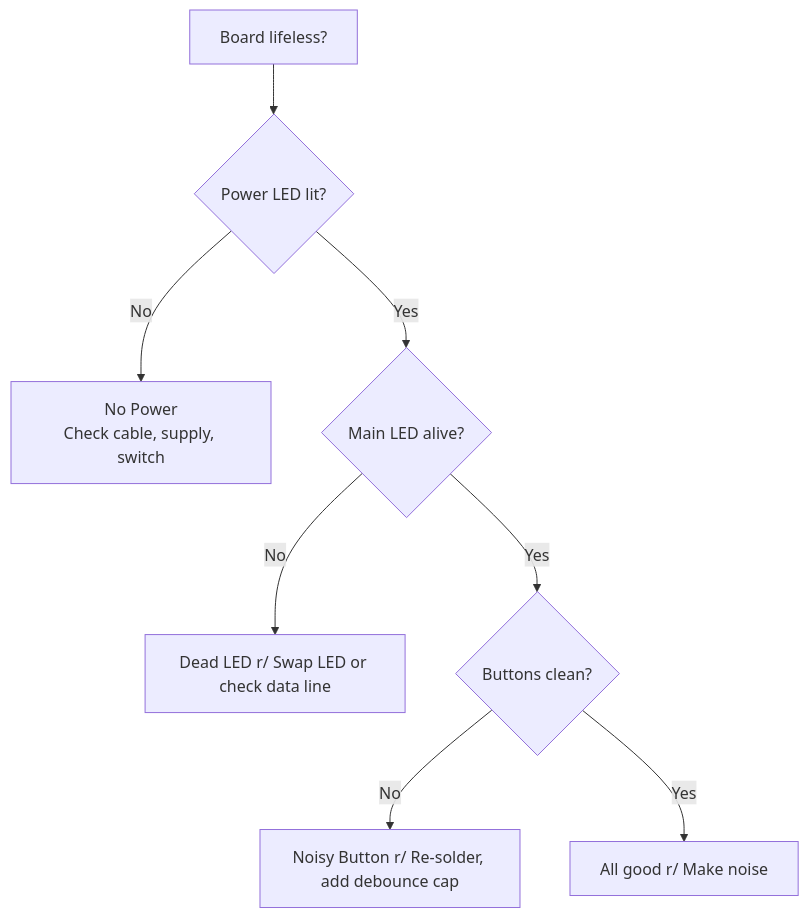
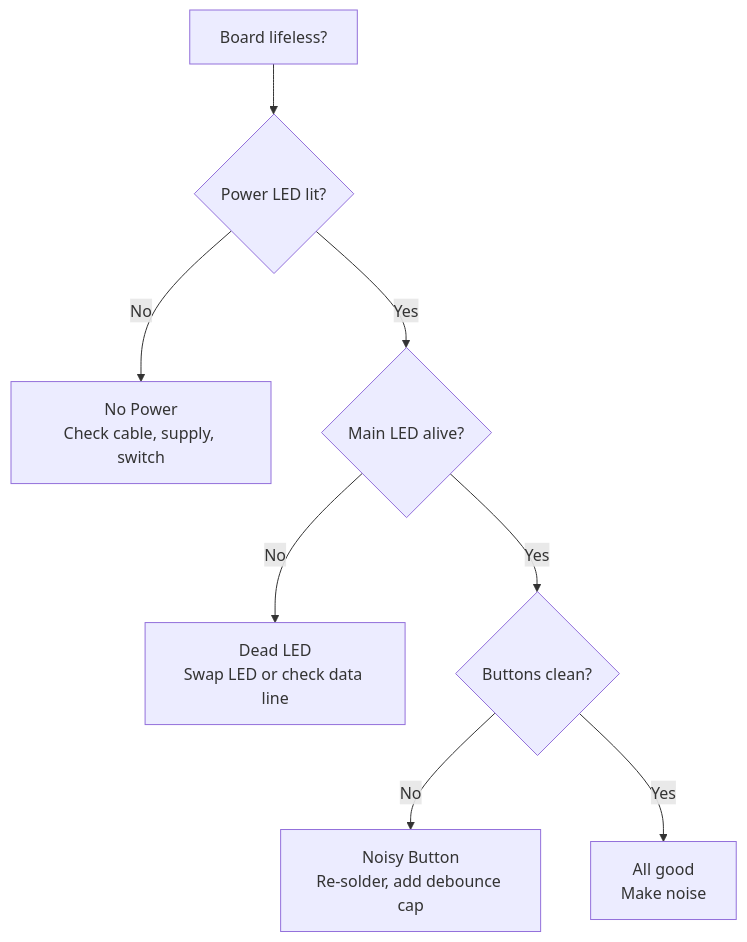
One commit to bseverns/MOARkNOBS-42 changed the diagram in docs/Troubleshooting.md. Above: the diagram before and after it, drawn with Mermaid.

````diff
--- a/docs/Troubleshooting.md
+++ b/docs/Troubleshooting.md
@@ -7,10 +7,10 @@
 ```mermaid
 flowchart TD
   A[Board lifeless?] --> B{Power LED lit?}
-  B -- No --> C[No Power\nCheck cable, supply, switch]
+  B -- No --> C[No Power<br>Check cable, supply, switch]
   B -- Yes --> D{Main LED alive?}
-  D -- No --> E[Dead LED r/ Swap LED or check data line]
+  D -- No --> E[Dead LED<br>Swap LED or check data line]
   D -- Yes --> F{Buttons clean?}
-  F -- No --> G[Noisy Button r/ Re-solder, add debounce cap]
-  F -- Yes --> H[All good r/ Make noise]
+  F -- No --> G[Noisy Button<br>Re-solder, add debounce cap]
+  F -- Yes --> H[All good<br>Make noise]
 ```
````
